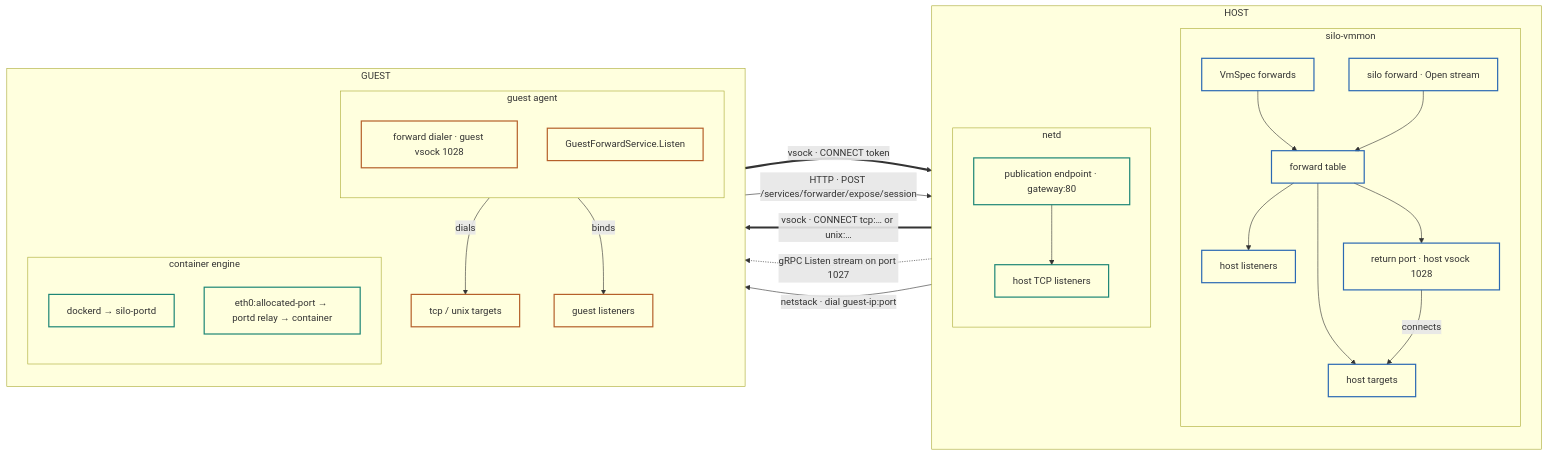
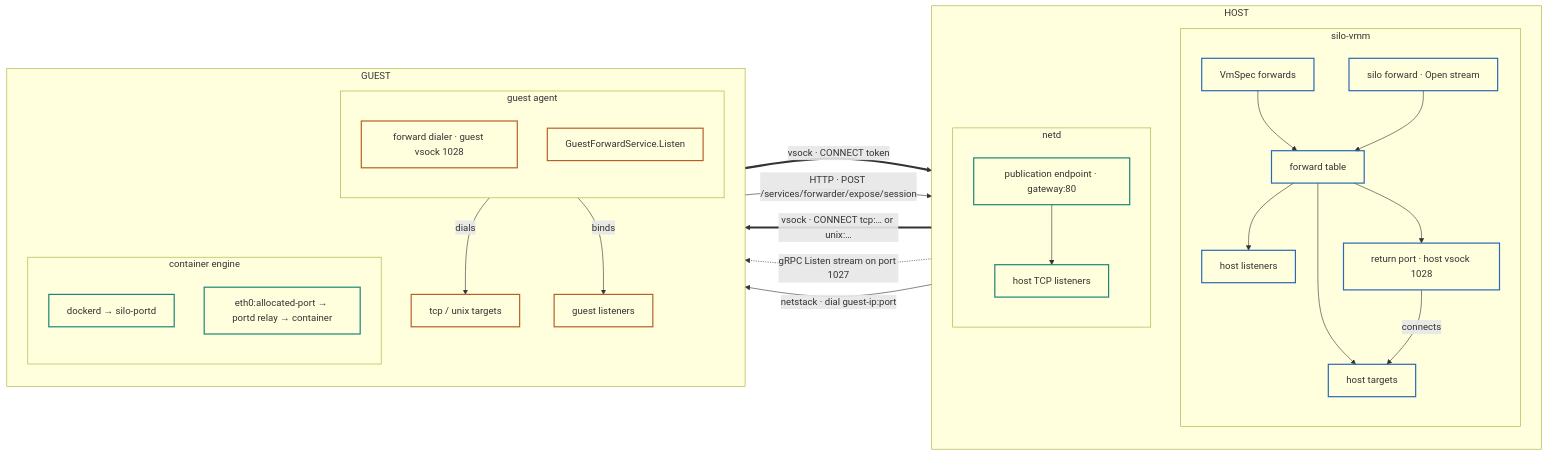
One commit to vandycknick/silo changed the first of 9 diagrams in docs/adr/0016-vsock-forwards-and-netd-publications.md. Above: the diagram before and after it, drawn with Mermaid. The commit also changed other lines of this file and 194 other files, not shown here.

First line of the commit message:
refactor(runtime): rename silo-vmmon to silo-vmm and name workers krun

````diff
--- a/docs/adr/0016-vsock-forwards-and-netd-publications.md
+++ b/docs/adr/0016-vsock-forwards-and-netd-publications.md
@@ -151,47 +151,47 @@
 ```mermaid
 flowchart LR
   subgraph HOST
     direction TB
-    subgraph monitor["silo-vmmon"]
+    subgraph monitor["silo-vmm"]
       direction TB
       spec["VmSpec forwards"] --> table["forward table"]
       hold["silo forward · Open stream"] --> table
       table --> hl["host listeners"]
       table --> ht["host targets"]
       table --> rp["return port · host vsock 1028"]
     end
     subgraph netd
       direction TB
       pe["publication endpoint · gateway:80"] --> tl["host TCP listeners"]
     end
   end
   subgraph GUEST
     direction TB
     subgraph agent["guest agent"]
       direction TB
       dialer["forward dialer · guest vsock 1028"]
       listen["GuestForwardService.Listen"]
     end
     targets["tcp / unix targets"]
     gl["guest listeners"]
     subgraph engine["container engine"]
       direction TB
       dockerd["dockerd → silo-portd"]
       eth0["eth0:allocated-port → portd relay → container"]
     end
   end
   hl ==>|"vsock · CONNECT tcp:… or unix:…"| dialer
   dialer -->|dials| targets
   table -.->|"gRPC Listen stream on port 1027"| listen
   listen -->|binds| gl
   gl ==>|"vsock · CONNECT token"| rp
   rp -->|connects| ht
   dockerd -->|"HTTP · POST /services/forwarder/expose/session"| pe
   tl -->|"netstack · dial guest-ip:port"| eth0
   classDef host stroke:#2b69b3,stroke-width:2px,fill:none
   classDef guest stroke:#b5602a,stroke-width:2px,fill:none
   classDef net stroke:#1d8676,stroke-width:2px,fill:none
   class spec,hold,table,hl,ht,rp host
   class dialer,listen,targets,gl guest
   class pe,tl,dockerd,eth0 net
 ```
````
